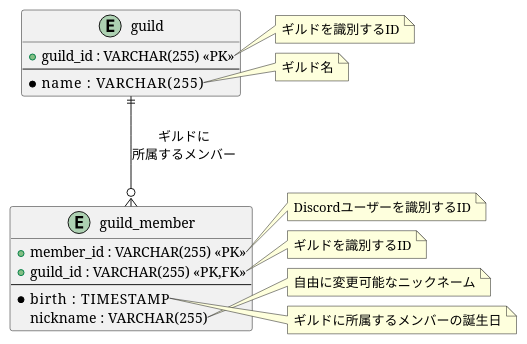
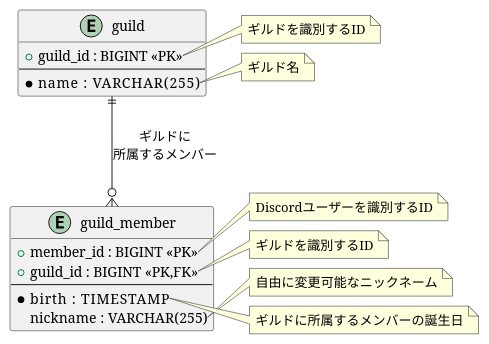
One commit to novum-d/zunda-bot-rs changed the diagram in docs/ER.puml. Above: the diagram before and after it, drawn with PlantUML.

Commit message:
🏗️ chore:  DBで扱うguild_id, member_idの型を修正

```diff
--- a/docs/ER.puml
+++ b/docs/ER.puml
@@ -1,40 +1,40 @@
 @startuml
 entity "guild" as guild {
-  +guild_id : VARCHAR(255) <<PK>>
+  +guild_id : BIGINT <<PK>>
   --
   *name      : VARCHAR(255)
 }
 note right of guild::guild_id
 ギルドを識別するID
 end note
 
 note right of guild::name
 ギルド名
 end note
 
 entity "guild_member" as member {
-  +member_id : VARCHAR(255) <<PK>>
-  +guild_id  : VARCHAR(255) <<PK,FK>>
+  +member_id : BIGINT <<PK>>
+  +guild_id  : BIGINT <<PK,FK>>
   --
   *birth      : TIMESTAMP
   nickname   : VARCHAR(255)
 }
 note right of member::member_id
 Discordユーザーを識別するID
 end note
 
 note right of member::guild_id
 ギルドを識別するID
 end note
 
 note right of member::nickname
 自由に変更可能なニックネーム
 end note
 
 note right of member::birth
 ギルドに所属するメンバーの誕生日
 end note
 
 guild ||--o{ member : "ギルドに\n所属するメンバー"
 
 @enduml
```
